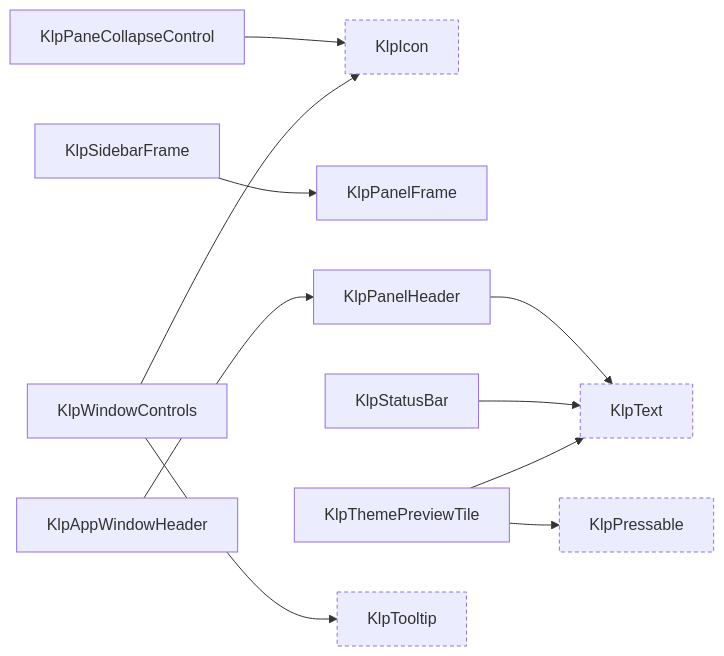
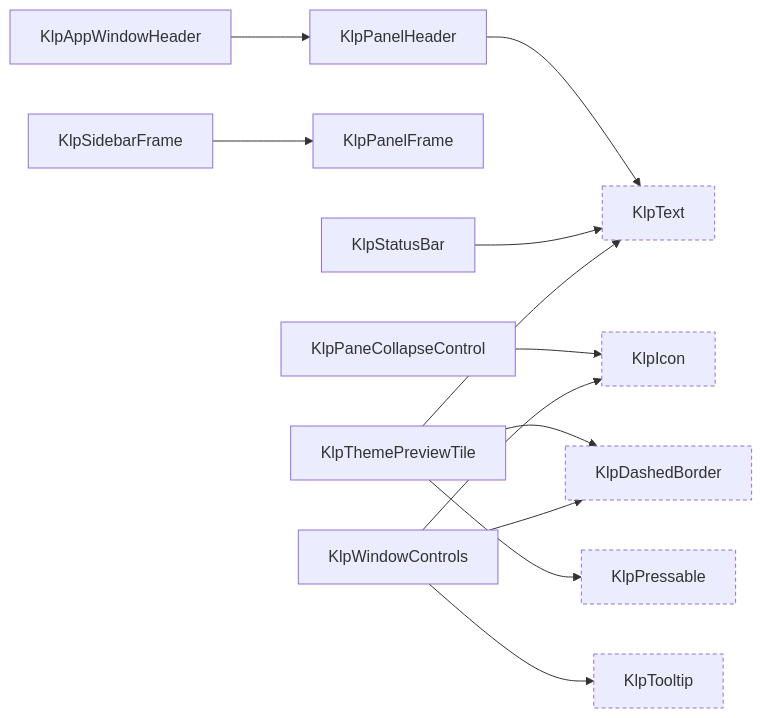
Before and after one commit to MiuDog/Kallopis: diagram 16 of 16 in spec/component-inventory.md, drawn with Mermaid. The commit also changed other lines of this file and 17 other files, not shown here.

````diff
--- a/spec/component-inventory.md
+++ b/spec/component-inventory.md
@@ -852,25 +923,28 @@
 ```mermaid
 graph LR
   KlpAppWindowHeader["KlpAppWindowHeader"]
+  KlpDashedBorder["KlpDashedBorder"]:::external
   KlpIcon["KlpIcon"]:::external
   KlpPaneCollapseControl["KlpPaneCollapseControl"]
   KlpPanelFrame["KlpPanelFrame"]
   KlpPanelHeader["KlpPanelHeader"]
   KlpPressable["KlpPressable"]:::external
   KlpSidebarFrame["KlpSidebarFrame"]
   KlpStatusBar["KlpStatusBar"]
   KlpText["KlpText"]:::external
   KlpThemePreviewTile["KlpThemePreviewTile"]
   KlpTooltip["KlpTooltip"]:::external
   KlpWindowControls["KlpWindowControls"]
   KlpAppWindowHeader --> KlpPanelHeader
   KlpPaneCollapseControl --> KlpIcon
   KlpPanelHeader --> KlpText
   KlpSidebarFrame --> KlpPanelFrame
   KlpStatusBar --> KlpText
+  KlpThemePreviewTile --> KlpDashedBorder
   KlpThemePreviewTile --> KlpPressable
   KlpThemePreviewTile --> KlpText
+  KlpWindowControls --> KlpDashedBorder
   KlpWindowControls --> KlpIcon
   KlpWindowControls --> KlpTooltip
   classDef external stroke-dasharray: 4 3;
 ```
````
